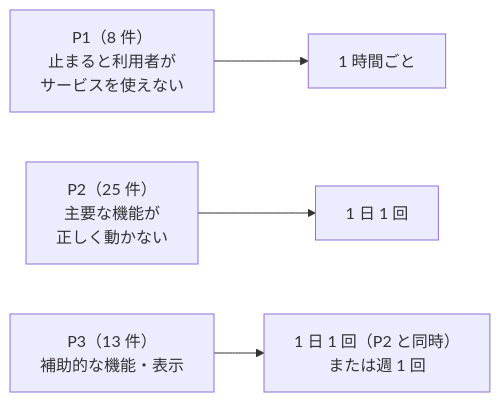
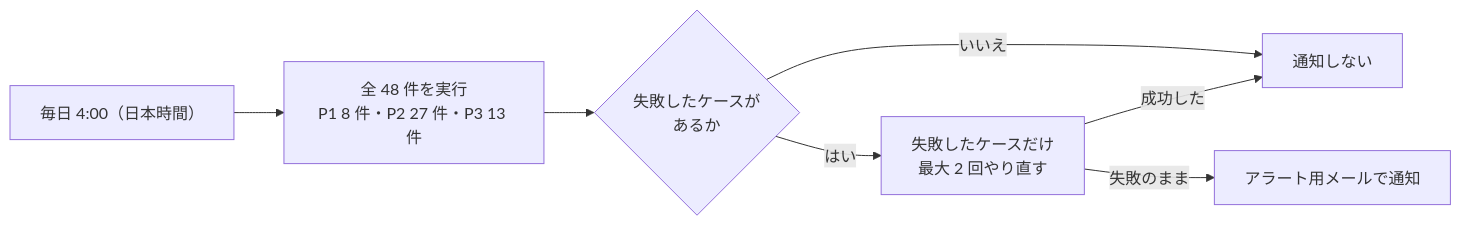
One commit to PolisJAPAN/PolisJAPAN changed the third of 3 diagrams in docs/本番定期テストケース.md. Above: the diagram before and after it, drawn with Mermaid. The commit also changed other lines of this file and 2 other files, not shown here.

````diff
--- a/docs/本番定期テストケース.md
+++ b/docs/本番定期テストケース.md
@@ -136,12 +156,14 @@
 ```mermaid
 flowchart LR
-  p1["P1（8 件）<br/>止まると利用者が<br/>サービスを使えない"]
-  p2["P2（25 件）<br/>主要な機能が<br/>正しく動かない"]
-  p3["P3（13 件）<br/>補助的な機能・表示"]
-  f1["1 時間ごと"]
-  f2["1 日 1 回"]
-  f3["1 日 1 回（P2 と同時）<br/>または週 1 回"]
-  p1 --> f1
-  p2 --> f2
-  p3 --> f3
+  t["毎日 4:00（日本時間）"]
+  run["全 48 件を実行<br/>P1 8 件・P2 27 件・P3 13 件"]
+  retry{"失敗したケースが<br/>あるか"}
+  again["失敗したケースだけ<br/>最大 2 回やり直す"]
+  ok["通知しない"]
+  mail["アラート用メールで通知"]
+  t --> run --> retry
+  retry -->|"いいえ"| ok
+  retry -->|"はい"| again
+  again -->|"成功した"| ok
+  again -->|"失敗のまま"| mail
 ```
````
